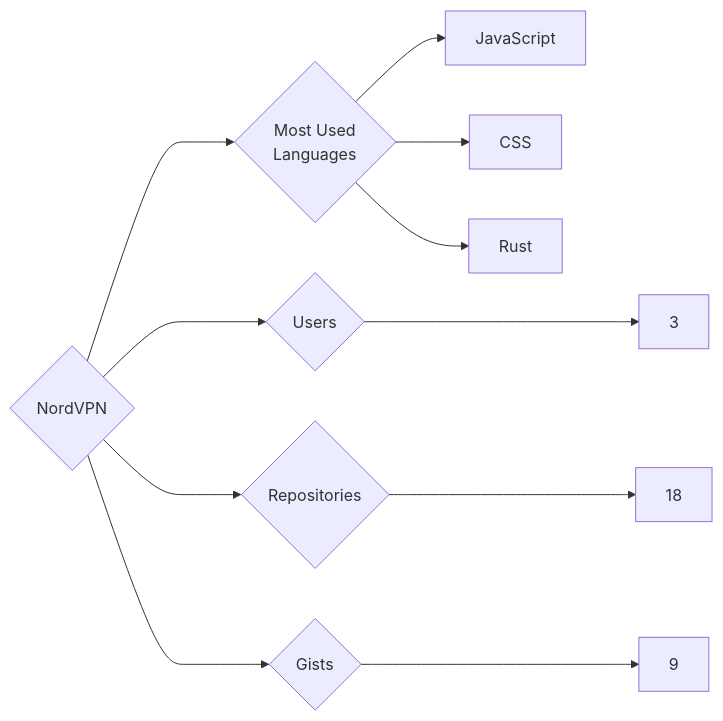
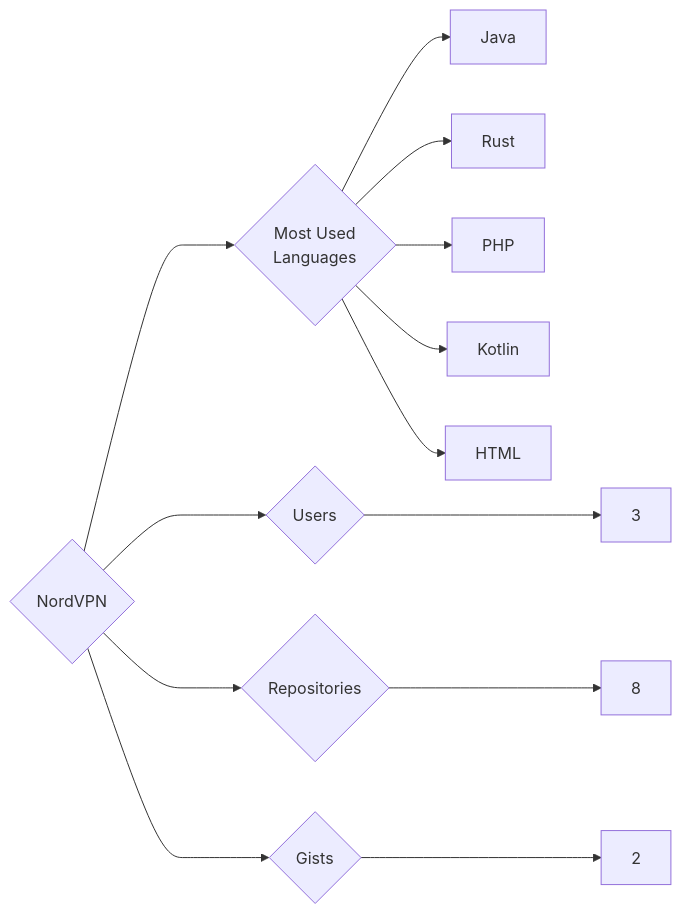
One commit to trickest/insiders changed the diagram in targets/NordVPN/README.md. Above: the diagram before and after it, drawn with Mermaid. The commit also changed 955 other files, not shown here.

````diff
--- a/targets/NordVPN/README.md
+++ b/targets/NordVPN/README.md
@@ -3,11 +3,13 @@
 ```mermaid
 graph LR
 COMPANY_NAME{NordVPN}
 COMPANY_NAME ---> U{Users} ---> UN[3]
-COMPANY_NAME ---> R{Repositories} ---> RN[18]
-COMPANY_NAME ---> G{Gists} ---> GN[9]
+COMPANY_NAME ---> R{Repositories} ---> RN[8]
+COMPANY_NAME ---> G{Gists} ---> GN[2]
 COMPANY_NAME ---> ML{Most Used<br>Languages}
-ML --> JavaScript[JavaScript]
-ML --> CSS[CSS]
+ML --> Java[Java]
 ML --> Rust[Rust]
+ML --> PHP[PHP]
+ML --> Kotlin[Kotlin]
+ML --> HTML[HTML]
 ```
````
